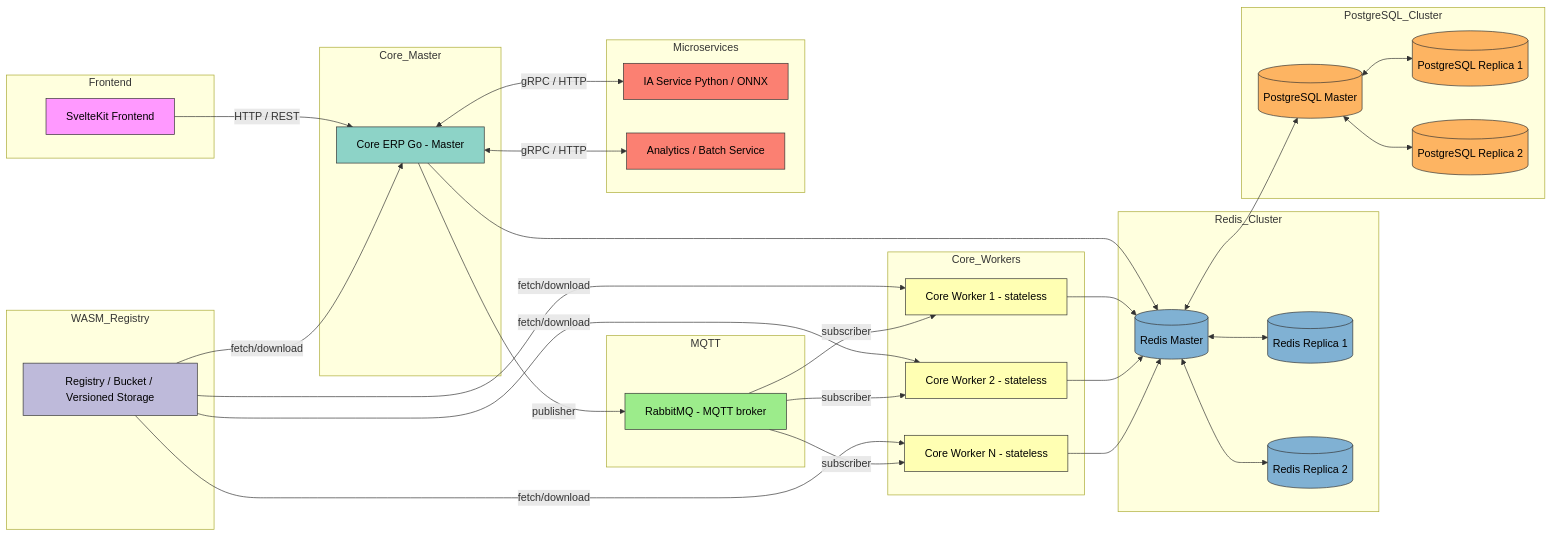
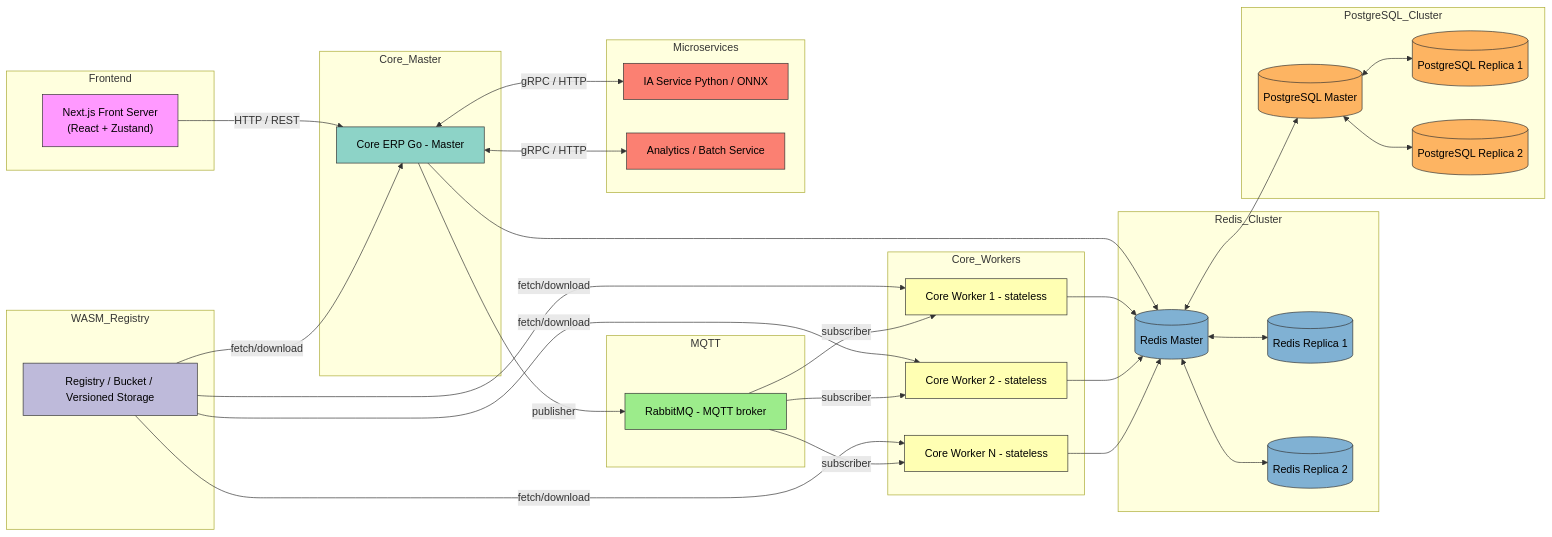
Before and after one commit to noiia/EERP-Documentation-Wiki: the sixth of 6 diagrams in docs/architecture/index.md, drawn with Mermaid. The commit also changed other lines of this file and 18 other files, not shown here.

```diff
--- a/docs/architecture/index.md
+++ b/docs/architecture/index.md
@@ -298,7 +300,7 @@
 
     %% Frontend
     subgraph Frontend
-        Svelte["SvelteKit Frontend"]:::frontend
+        Front["Next.js Front Server\n(React + Zustand)"]:::frontend
     end
 
     %% Core Master
@@ -344,7 +346,7 @@
     end
 
     %% Flows
-    Svelte -->|HTTP / REST| Master
+    Front -->|HTTP / REST| Master
     WASM_Repo -->|fetch/download| Master
 
     %% Job distribution via Redis
```
